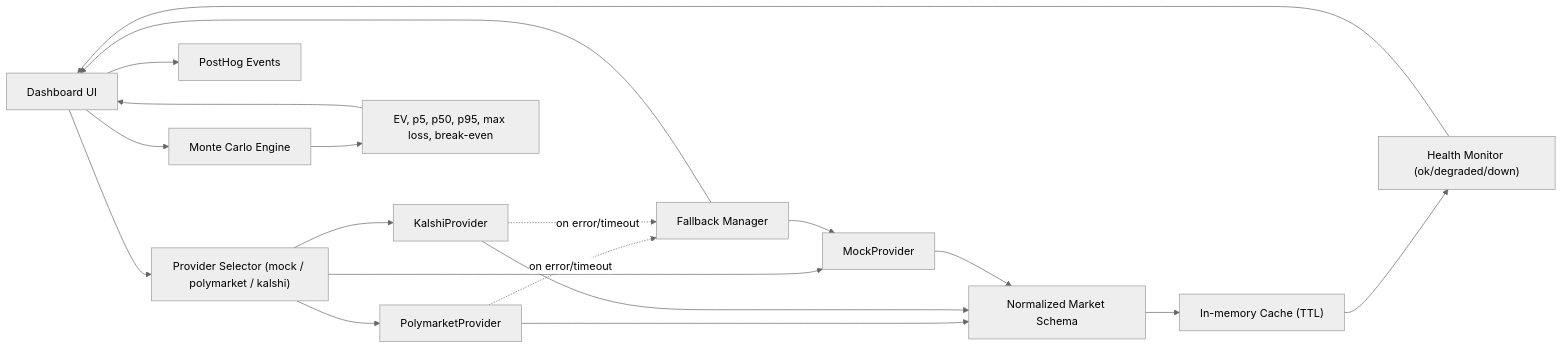
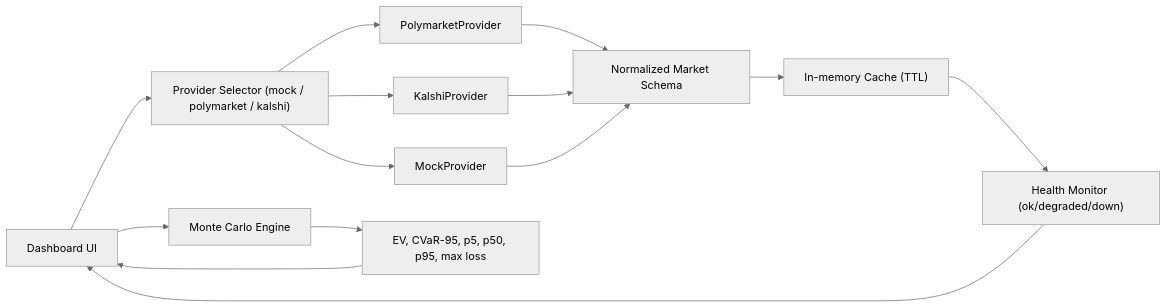
The diagram in README.md (TradePaper/eventrisk.ai), drawn with Mermaid (neutral theme) before and after one commit. The commit also changed other lines of this file and 11 other files, not shown here.

````diff
--- a/README.md
+++ b/README.md
@@ -19,26 +60,19 @@
 ```mermaid
 flowchart LR
     UI["Dashboard UI"] --> SEL["Provider Selector (mock / polymarket / kalshi)"]
     SEL --> PM["PolymarketProvider"]
     SEL --> KA["KalshiProvider"]
     SEL --> MK["MockProvider"]
 
     PM --> NORM["Normalized Market Schema"]
     KA --> NORM
     MK --> NORM
 
     NORM --> CACHE["In-memory Cache (TTL)"]
     CACHE --> HEALTH["Health Monitor (ok/degraded/down)"]
     HEALTH --> UI
 
-    PM -. on error/timeout .-> FB["Fallback Manager"]
-    KA -. on error/timeout .-> FB
-    FB --> MK
-    FB --> UI
-
     UI --> SIM["Monte Carlo Engine"]
-    SIM --> METRICS["EV, p5, p50, p95, max loss, break-even"]
+    SIM --> METRICS["EV, CVaR-95, p5, p50, p95, max loss"]
     METRICS --> UI
-
-    UI --> ANALYTICS["PostHog Events"]
 ```
````
